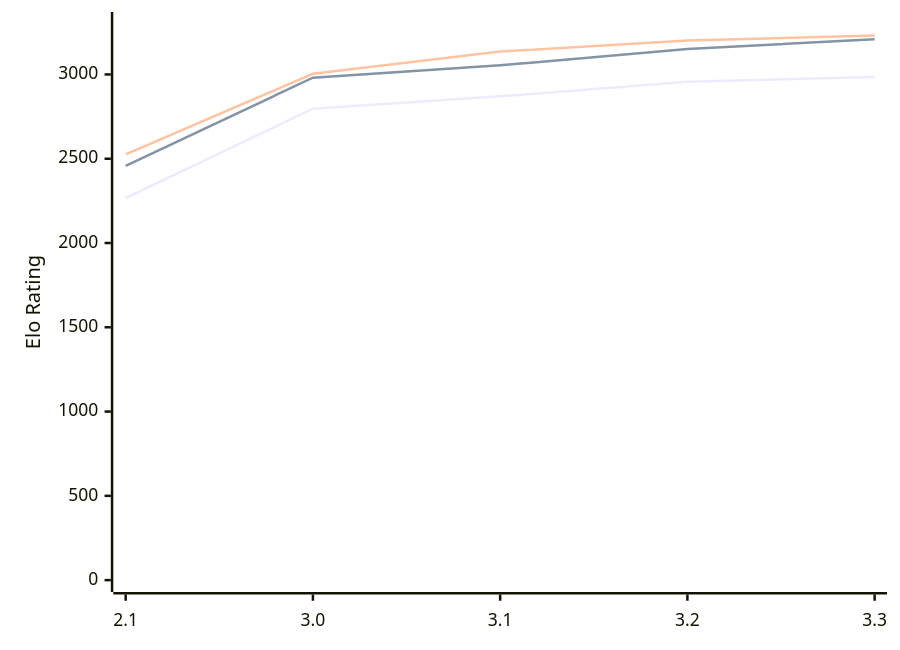
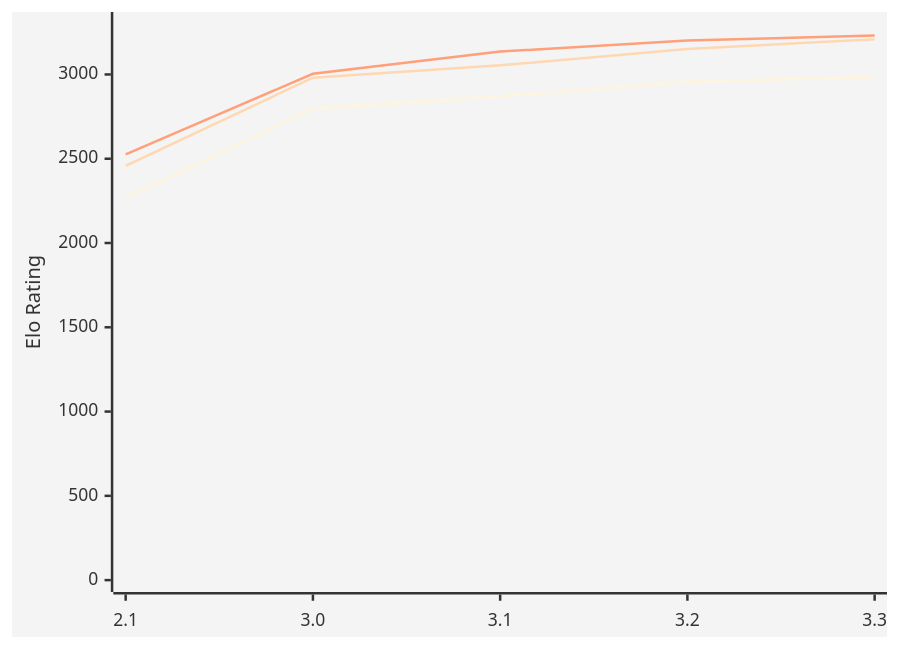
Before and after one commit to computer-chess-index/cci: the diagram in engines/Petrel.md, drawn with Mermaid. The commit also changed other lines of this file, not shown here.

````diff
--- a/engines/Petrel.md
+++ b/engines/Petrel.md
@@ -38,11 +38,12 @@
 ```mermaid
+%%{init: {"theme":"base","themeVariables":{"primaryColor":"#1f77b4","secondaryColor":"#ff7f0e","tertiaryColor":"#2ca02c"}}}%%
 xychart-beta
   x-axis ["2.1", "3.0", "3.1", "3.2", "3.3"]
   y-axis "Elo Rating" 0 --> 3300
 %% blue
   line "STC (8.0+0.08s)" [2267, 2797, 2870, 2957, 2985]
 %% orange
   line "LTC (60.0+0.60s)" [2458, 2981, 3054, 3151, 3209]
 %% green
   line "VLTC (2m24s+1.12s)" [2526, 3004, 3136, 3201, 3231]
 ```
````
